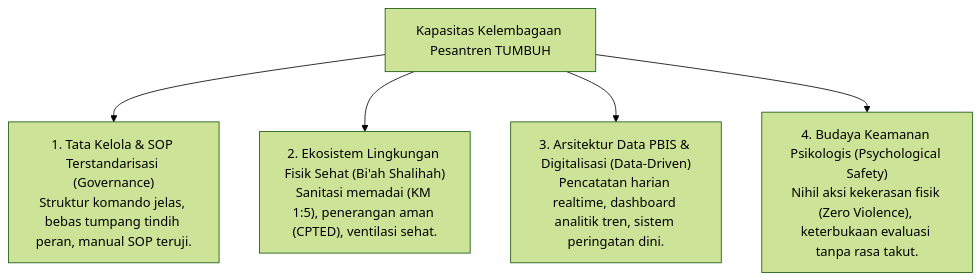
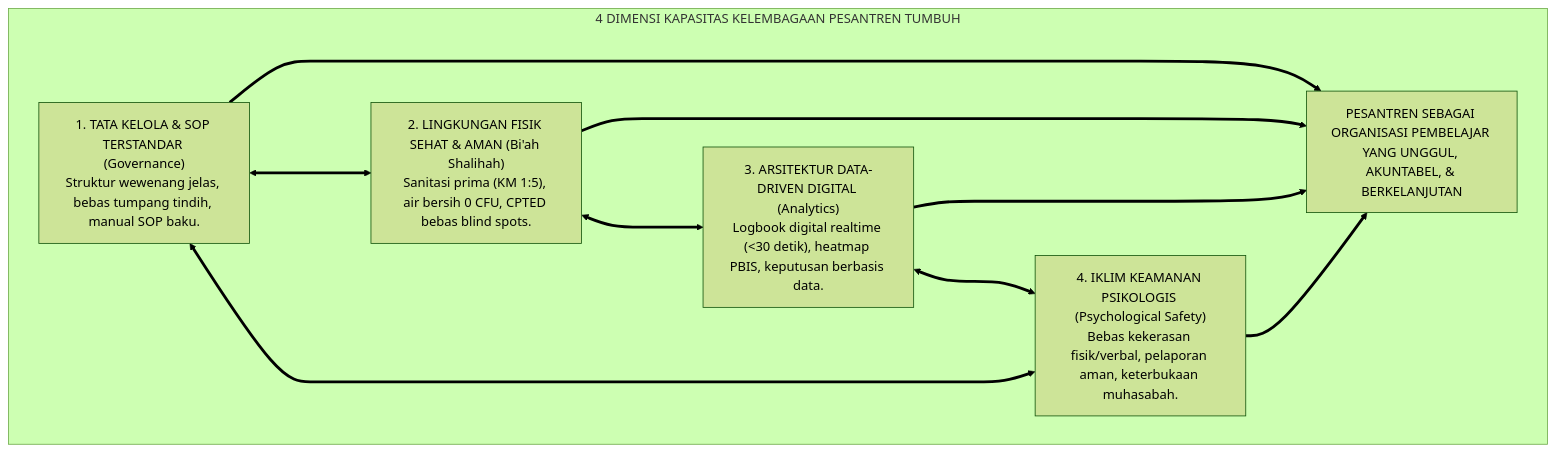
Before and after one commit to wandiapriliyandi/tumbuh: the first of 3 diagrams in 03 Capacity Framework/01 Graduate Profile/P3-01-04-Standar-Kapasitas-Kelembagaan-Pesantren.md, drawn with Mermaid (forest theme). The commit also changed other lines of this file and 25 other files, not shown here.

````diff
--- a/03 Capacity Framework/01 Graduate Profile/P3-01-04-Standar-Kapasitas-Kelembagaan-Pesantren.md
+++ b/03 Capacity Framework/01 Graduate Profile/P3-01-04-Standar-Kapasitas-Kelembagaan-Pesantren.md
@@ -10,9 +54,21 @@
 ```mermaid
-graph TD
-    Lembaga["Kapasitas Kelembagaan Pesantren TUMBUH"]
-    
-    Lembaga --> D1["1. Tata Kelola & SOP Terstandarisasi (Governance)<br/>Struktur komando jelas, bebas tumpang tindih peran, manual SOP teruji."]
-    Lembaga --> D2["2. Ekosistem Lingkungan Fisik Sehat (Bi'ah Shalihah)<br/>Sanitasi memadai (KM 1:5), penerangan aman (CPTED), ventilasi sehat."]
-    Lembaga --> D3["3. Arsitektur Data PBIS & Digitalisasi (Data-Driven)<br/>Pencatatan harian realtime, dashboard analitik tren, sistem peringatan dini."]
-    Lembaga --> D4["4. Budaya Keamanan Psikologis (Psychological Safety)<br/>Nihil aksi kekerasan fisik (Zero Violence), keterbukaan evaluasi tanpa rasa takut."]
+flowchart TD
+    subgraph ArsitekturKapasitasKelembagaan["4 DIMENSI KAPASITAS KELEMBAGAAN PESANTREN TUMBUH"]
+        Governance["1. TATA KELOLA & SOP TERSTANDAR (Governance)<br/>Struktur wewenang jelas, bebas tumpang tindih, manual SOP baku."]
+        
+        Environment["2. LINGKUNGAN FISIK SEHAT & AMAN (Bi'ah Shalihah)<br/>Sanitasi prima (KM 1:5), air bersih 0 CFU, CPTED bebas blind spots."]
+        
+        DataPBIS["3. ARSITEKTUR DATA-DRIVEN DIGITAL (Analytics)<br/>Logbook digital realtime (<30 detik), heatmap PBIS, keputusan berbasis data."]
+        
+        PsychSafety["4. IKLIM KEAMANAN PSIKOLOGIS (Psychological Safety)<br/>Bebas kekerasan fisik/verbal, pelaporan aman, keterbukaan muhasabah."]
+        
+        Governance <===> Environment
+        Environment <===> DataPBIS
+        DataPBIS <===> PsychSafety
+        PsychSafety <===> Governance
+        
+        Pusat["PESANTREN SEBAGAI ORGANISASI PEMBELAJAR YANG UNGGUL, AKUNTABEL, & BERKELANJUTAN"]
+        
+        Governance & Environment & DataPBIS & PsychSafety ==> Pusat
+    end
 ```
````
